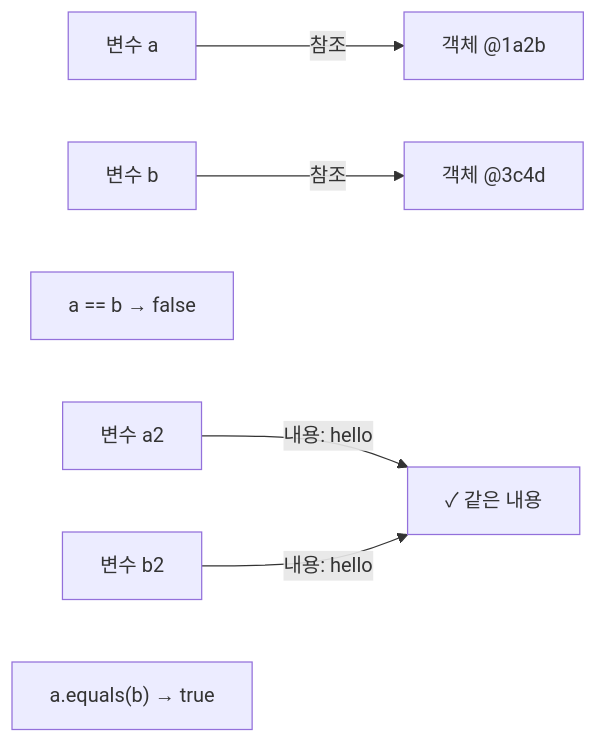
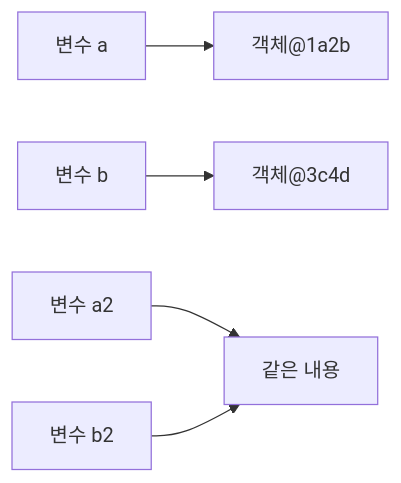
Before and after one commit to yjkim2015/yjkim2015.github.io: the second of 6 diagrams in _posts/java/2026-05-01-java-object-class.md, drawn with Mermaid. The commit also changed other lines of this file and 163 other files, not shown here.

First line of the commit message:
Mermaid 300개 블록 내용 축소: 5노드 5엣지 이하, 의미 있는 약어

````diff
--- a/_posts/java/2026-05-01-java-object-class.md
+++ b/_posts/java/2026-05-01-java-object-class.md
@@ -155,9 +155,7 @@
 ```mermaid
 graph LR
-    A1["변수 a"] -->|"참조"| O1["객체 @1a2b"]
-    B1["변수 b"] -->|"참조"| O2["객체 @3c4d"]
-    R1["a == b → false"]
-    A2["변수 a2"] -->|"내용: hello"| C1["✓ 같은 내용"]
-    B2["변수 b2"] -->|"내용: hello"| C1
-    R2["a.equals(b) → true"]
+    A["변수 a"] --> O1["객체@1a2b"]
+    B["변수 b"] --> O2["객체@3c4d"]
+    A2["변수 a2"] --> C1["같은 내용"]
+    B2["변수 b2"] --> C1
 ```
````
